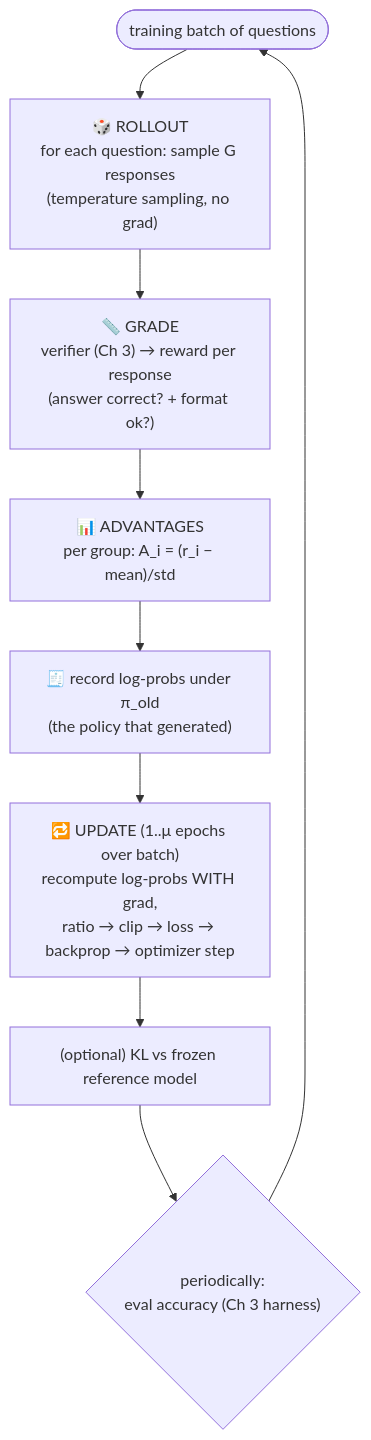
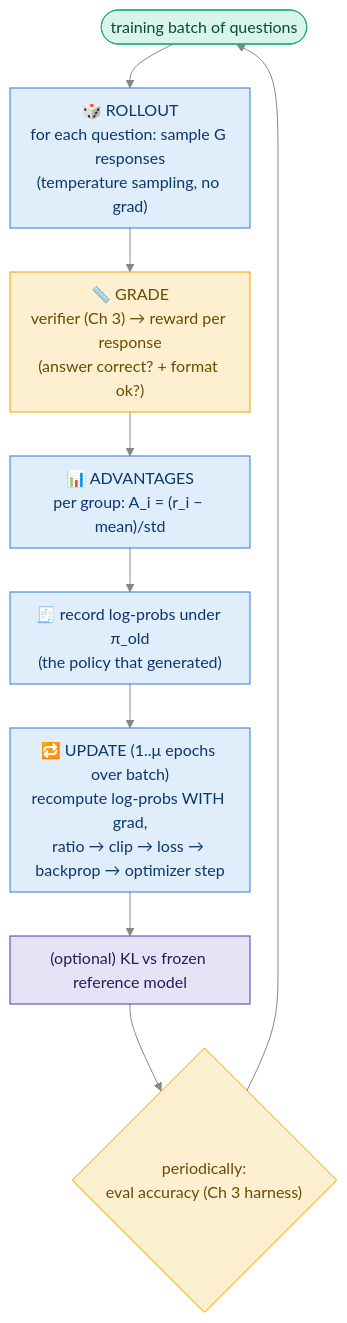
Before and after one commit to sudhanshu-shivam-dev/reasoning_model_from_scratch: the fourth of 4 diagrams in study_guide/ch06_grpo_reinforcement_learning.md, drawn with Mermaid. The commit also changed other lines of this file and 14 other files, not shown here.

First line of the commit message:
Restyle all 54 diagrams: consistent palette, semantic colors, better spacing

````diff
--- a/study_guide/ch06_grpo_reinforcement_learning.md
+++ b/study_guide/ch06_grpo_reinforcement_learning.md
@@ -151,11 +170,18 @@
 ```mermaid
+%%{init: {"theme":"base","themeVariables":{"primaryColor":"#e0edfb","primaryTextColor":"#0d366b","primaryBorderColor":"#2a78d6","lineColor":"#898781","textColor":"#52514e","edgeLabelBackground":"#f0efec","clusterBkg":"rgba(137,135,129,0.07)","clusterBorder":"#a9a7a0","titleColor":"#898781"},"flowchart":{"nodeSpacing":36,"rankSpacing":44,"curve":"basis","padding":10}}}%%
 flowchart TB
     START(["training batch of questions"]) --> ROLL["🎲 ROLLOUT<br/>for each question: sample G responses<br/>(temperature sampling, no grad)"]
     ROLL --> GRADE["📏 GRADE<br/>verifier (Ch 3) → reward per response<br/>(answer correct? + format ok?)"]
     GRADE --> ADV["📊 ADVANTAGES<br/>per group: A_i = (r_i − mean)/std"]
     ADV --> OLDLP["🧾 record log-probs under π_old<br/>(the policy that generated)"]
     OLDLP --> STEP["🔁 UPDATE (1..μ epochs over batch)<br/>recompute log-probs WITH grad,<br/>ratio → clip → loss → backprop → optimizer step"]
     STEP --> REF["(optional) KL vs frozen reference model"]
     REF --> EVAL{"periodically:<br/>eval accuracy (Ch 3 harness)"}
     EVAL --> START
+    classDef data fill:#d9f4e9,stroke:#1baf7a,color:#0b4a33
+    classDef dec fill:#fdf0d1,stroke:#eda100,color:#6b4a00
+    classDef model fill:#e6e3f7,stroke:#4a3aa7,color:#251d54
+    class START data
+    class GRADE,EVAL dec
+    class REF model
 ```
````
